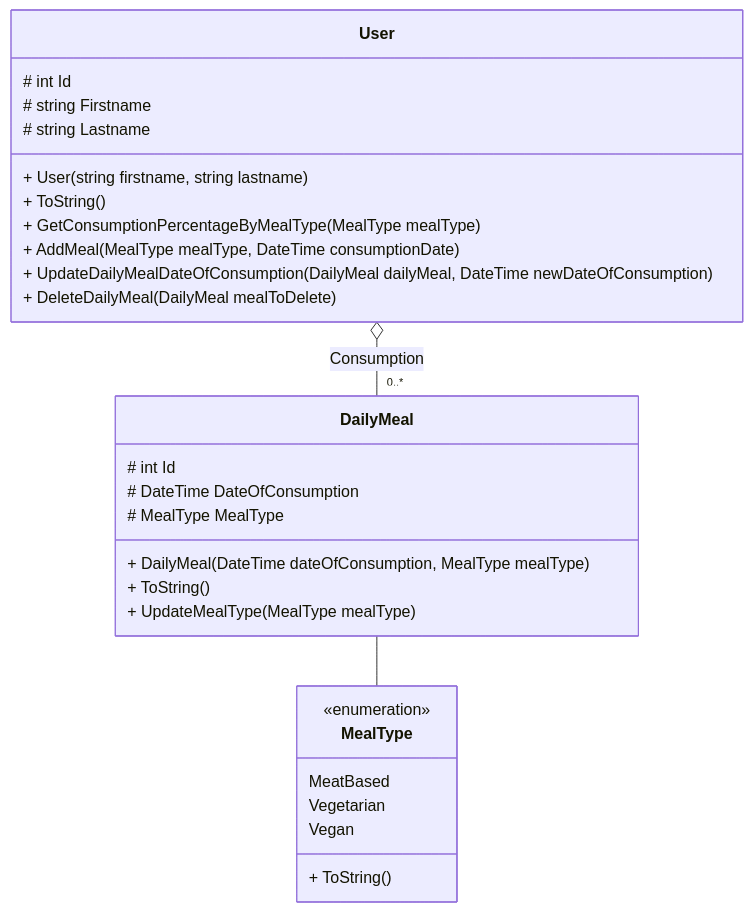
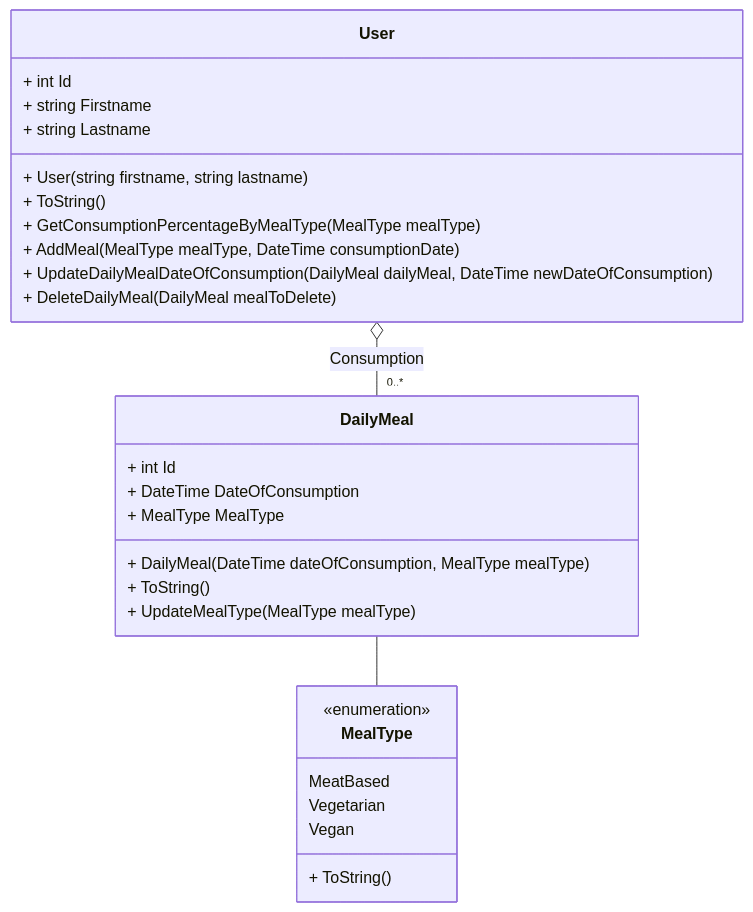
The diagram in docs/class diagram.md (seb-bertrand/GoalLessMeat), drawn with Mermaid before and after one commit.

Commit message:
Class diagram: Make properties public

````diff
--- a/docs/class diagram.md
+++ b/docs/class diagram.md
@@ -3,32 +3,32 @@
 ```mermaid
 classDiagram
     User o-- "0..*" DailyMeal : Consumption
     DailyMeal -- MealType
 
     class User {
-        # int Id
-        # string Firstname
-        # string Lastname
+        + int Id
+        + string Firstname
+        + string Lastname
         + User(string firstname, string lastname)
         + ToString()
         + GetConsumptionPercentageByMealType(MealType mealType)
         + AddMeal(MealType mealType, DateTime consumptionDate)
         + UpdateDailyMealDateOfConsumption(DailyMeal dailyMeal, DateTime newDateOfConsumption)
         + DeleteDailyMeal(DailyMeal mealToDelete)
     }
     class DailyMeal {
-        # int Id
-        # DateTime DateOfConsumption
-        # MealType MealType
+        + int Id
+        + DateTime DateOfConsumption
+        + MealType MealType
         + DailyMeal(DateTime dateOfConsumption, MealType mealType)
         + ToString()
         + UpdateMealType(MealType mealType)
     }
     class MealType{
         <<enumeration>>
         MeatBased
         Vegetarian
         Vegan
         + ToString()
     }
 ```
````
